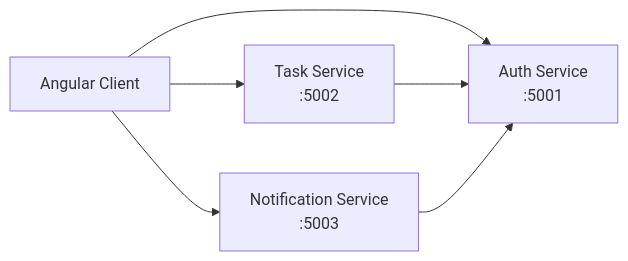
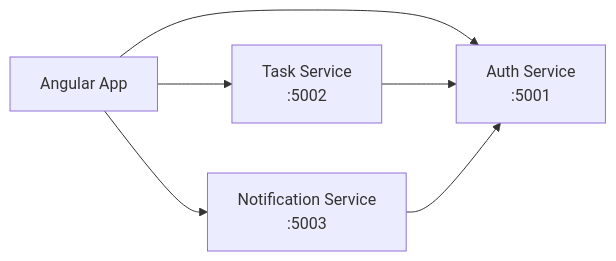
The diagram in README.md (kudoshinichi2k5/MyTaskTracker), drawn with Mermaid before and after one commit. The commit also changed other lines of this file, not shown here.

````diff
--- a/README.md
+++ b/README.md
@@ -7,8 +17,8 @@
 ```mermaid
 flowchart LR
-    FE["Angular Client"] --> AUTH["Auth Service\n:5001"]
+    FE["Angular App"] --> AUTH["Auth Service\n:5001"]
     FE --> TS["Task Service\n:5002"]
     FE --> NS["Notification Service\n:5003"]
     TS --> AUTH
     NS --> AUTH
 ```
````
